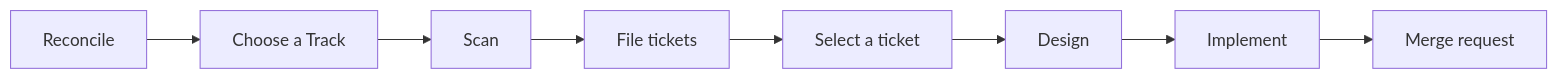
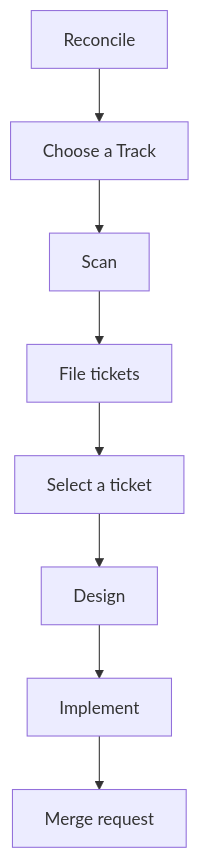
Before and after one commit to Art4/continuous-refactoring: the diagram in README.md, drawn with Mermaid. The commit also changed other lines of this file, not shown here.

````diff
--- a/README.md
+++ b/README.md
@@ -16,10 +17,10 @@
 ```mermaid
-flowchart LR
+flowchart TD
     Reconcile --> Track[Choose a Track]
     Track --> Scan
     Scan --> File[File tickets]
     File --> Select[Select a ticket]
     Select --> Design
     Design --> Implement
     Implement --> MR[Merge request]
 ```
````
